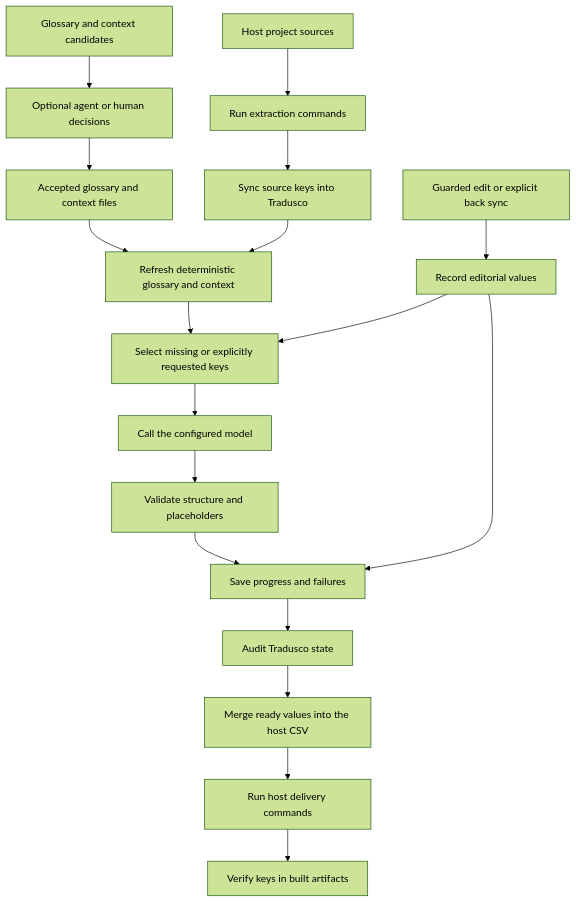
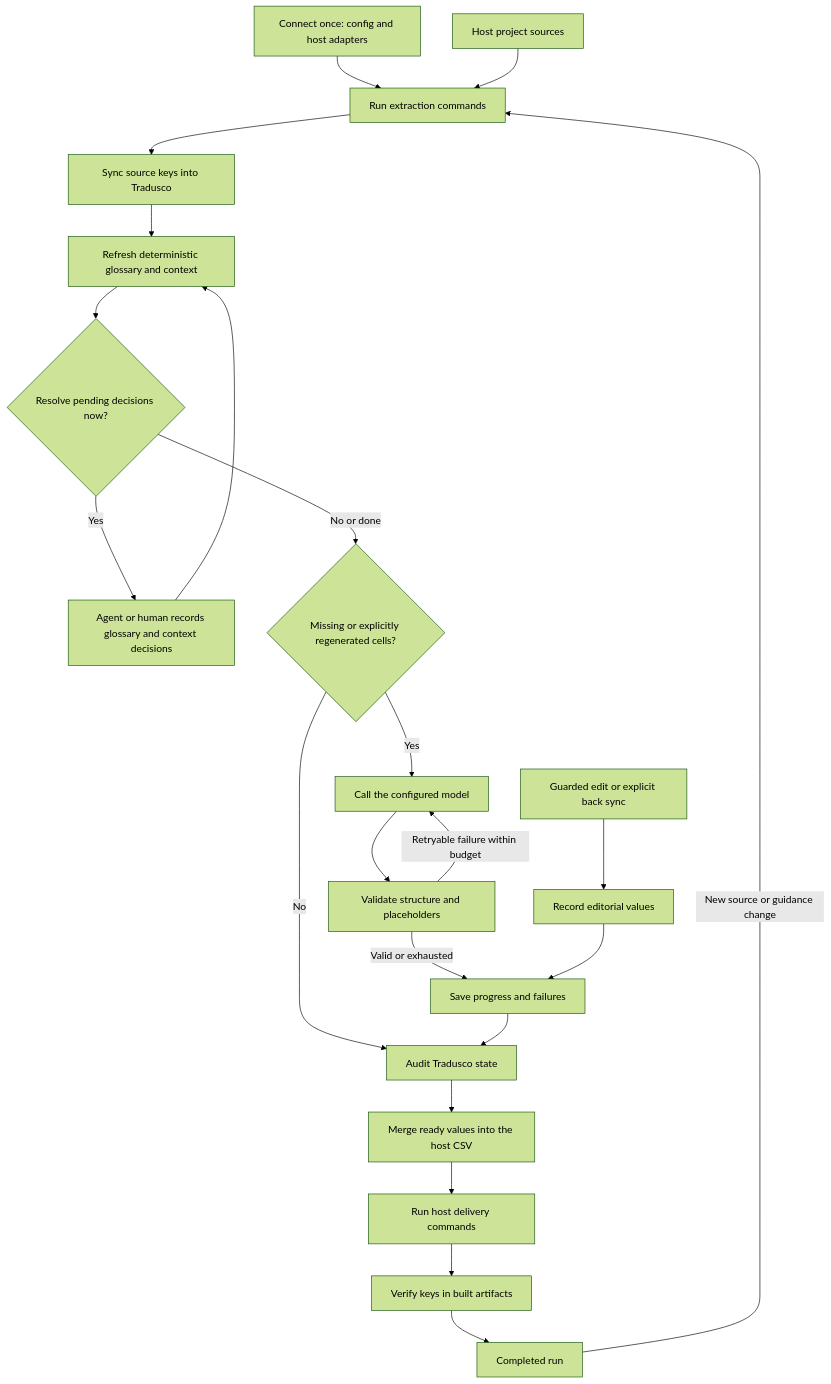
The first of 2 diagrams in INTEGRATION_GUIDE.md (mderk/tradusco), drawn with Mermaid (forest theme) before and after one commit. The commit also changed other lines of this file and 19 other files, not shown here.

````diff
--- a/INTEGRATION_GUIDE.md
+++ b/INTEGRATION_GUIDE.md
@@ -14,20 +14,24 @@
 ```mermaid
 flowchart TD
-    Candidates[Glossary and context candidates] --> Decisions[Optional agent or human decisions]
-    Decisions --> Accepted[Accepted glossary and context files]
-    Project[Host project sources] --> Extract[Run extraction commands]
+    Connect[Connect once: config and host adapters] --> Extract[Run extraction commands]
+    Project[Host project sources] --> Extract
     Extract --> Sync[Sync source keys into Tradusco]
-    Accepted --> Prepare[Refresh deterministic glossary and context]
-    Sync --> Prepare
-    Prepare --> Select[Select missing or explicitly requested keys]
-    Select --> Model[Call the configured model]
+    Sync --> Prepare[Refresh deterministic glossary and context]
+    Prepare --> Pending{Resolve pending decisions now?}
+    Pending -->|Yes| Decisions[Agent or human records glossary and context decisions]
+    Decisions --> Prepare
+    Pending -->|No or done| Select{Missing or explicitly regenerated cells?}
+    Select -->|Yes| Model[Call the configured model]
+    Select -->|No| Audit[Audit Tradusco state]
     Model --> Validate[Validate structure and placeholders]
-    Validate --> Persist[Save progress and failures]
+    Validate -->|Retryable failure within budget| Model
+    Validate -->|Valid or exhausted| Persist[Save progress and failures]
     Persist --> Audit[Audit Tradusco state]
     Audit --> Export[Merge ready values into the host CSV]
     Export --> Deliver[Run host delivery commands]
     Deliver --> Verify[Verify keys in built artifacts]
+    Verify --> Done[Completed run]
+    Done -->|New source or guidance change| Extract
     Review[Guarded edit or explicit back sync] --> Editorial[Record editorial values]
     Editorial --> Persist
-    Editorial --> Select
 ```
````
